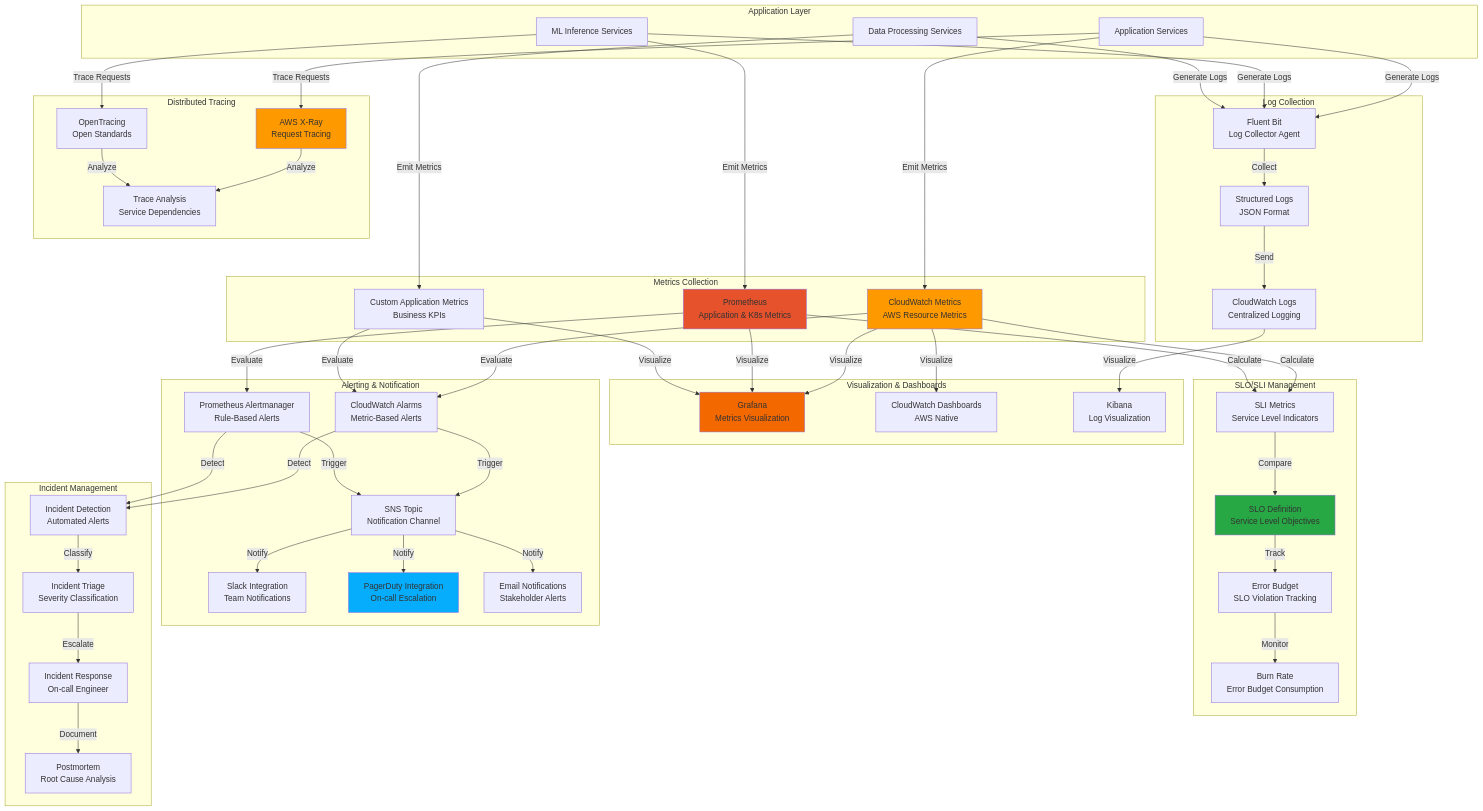
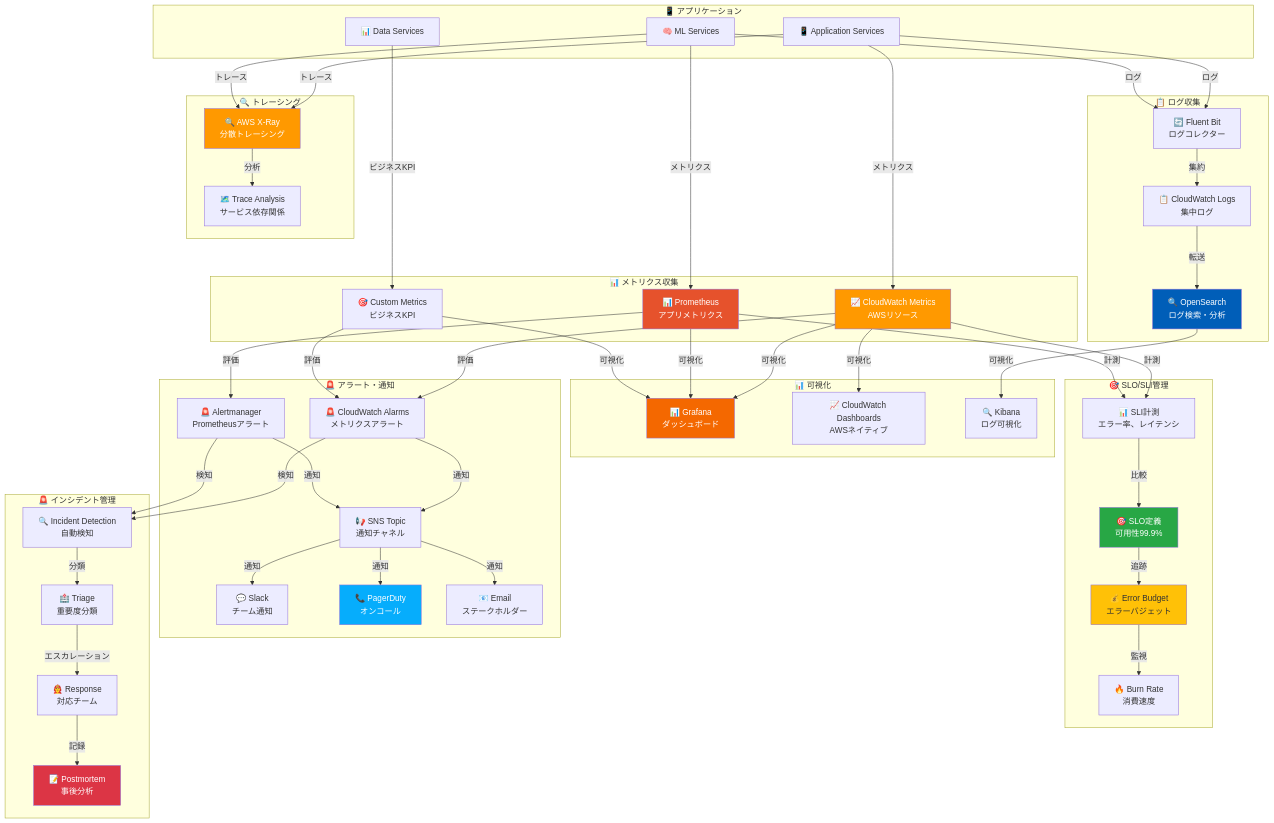
One commit to mattyopon/Business changed the sixth of 6 diagrams in epimetrix/インフラ構成図.md. Above: the diagram before and after it, drawn with Mermaid. The commit also changed other lines of this file and 1 other file, not shown here.

First line of the commit message:
アーキテクチャ図を視覚的に改善

````diff
--- a/epimetrix/インフラ構成図.md
+++ b/epimetrix/インフラ構成図.md
@@ -472,105 +572,105 @@
 ```mermaid
 graph TB
-    subgraph "Application Layer"
-        AppServices[Application Services]
-        MLServices[ML Inference Services]
-        DataServices[Data Processing Services]
+    subgraph "📊 メトリクス収集"
+        CW_METRICS[📈 CloudWatch Metrics<br/>AWSリソース]
+        PROM[📊 Prometheus<br/>アプリメトリクス]
+        CUSTOM[🎯 Custom Metrics<br/>ビジネスKPI]
     end
 
-    subgraph "Metrics Collection"
-        CloudWatchMetrics[CloudWatch Metrics<br/>AWS Resource Metrics]
-        Prometheus[Prometheus<br/>Application & K8s Metrics]
-        CustomMetrics[Custom Application Metrics<br/>Business KPIs]
+    subgraph "📋 ログ収集"
+        CW_LOGS[📋 CloudWatch Logs<br/>集中ログ]
+        FLUENT[🔄 Fluent Bit<br/>ログコレクター]
+        OPENSEARCH[🔍 OpenSearch<br/>ログ検索・分析]
     end
 
-    subgraph "Log Collection"
-        CloudWatchLogs[CloudWatch Logs<br/>Centralized Logging]
-        FluentBit[Fluent Bit<br/>Log Collector Agent]
-        StructuredLogs[Structured Logs<br/>JSON Format]
+    subgraph "🔍 トレーシング"
+        XRAY[🔍 AWS X-Ray<br/>分散トレーシング]
+        TRACE[🗺️ Trace Analysis<br/>サービス依存関係]
     end
 
-    subgraph "Distributed Tracing"
-        XRay[AWS X-Ray<br/>Request Tracing]
-        OpenTracing[OpenTracing<br/>Open Standards]
-        TraceAnalysis[Trace Analysis<br/>Service Dependencies]
+    subgraph "📊 可視化"
+        GRAFANA[📊 Grafana<br/>ダッシュボード]
+        CW_DASH[📈 CloudWatch Dashboards<br/>AWSネイティブ]
+        KIBANA[🔍 Kibana<br/>ログ可視化]
     end
 
-    subgraph "Visualization & Dashboards"
-        Grafana[Grafana<br/>Metrics Visualization]
-        CloudWatchDashboards[CloudWatch Dashboards<br/>AWS Native]
-        Kibana[Kibana<br/>Log Visualization]
+    subgraph "🚨 アラート・通知"
+        CW_ALARM[🚨 CloudWatch Alarms<br/>メトリクスアラート]
+        PROM_ALERT[🚨 Alertmanager<br/>Prometheusアラート]
+        SNS[📢 SNS Topic<br/>通知チャネル]
+        SLACK[💬 Slack<br/>チーム通知]
+        PAGERDUTY[📞 PagerDuty<br/>オンコール]
+        EMAIL[📧 Email<br/>ステークホルダー]
     end
 
-    subgraph "Alerting & Notification"
-        CloudWatchAlarms[CloudWatch Alarms<br/>Metric-Based Alerts]
-        PrometheusAlerts[Prometheus Alertmanager<br/>Rule-Based Alerts]
-        SNSTopic[SNS Topic<br/>Notification Channel]
-        Slack[Slack Integration<br/>Team Notifications]
-        PagerDuty[PagerDuty Integration<br/>On-call Escalation]
-        Email[Email Notifications<br/>Stakeholder Alerts]
+    subgraph "🎯 SLO/SLI管理"
+        SLO[🎯 SLO定義<br/>可用性99.9%]
+        SLI[📊 SLI計測<br/>エラー率、レイテンシ]
+        ERROR_BUDGET[💰 Error Budget<br/>エラーバジェット]
+        BURN_RATE[🔥 Burn Rate<br/>消費速度]
     end
 
-    subgraph "SLO/SLI Management"
-        SLODefinition[SLO Definition<br/>Service Level Objectives]
-        SLIMetrics[SLI Metrics<br/>Service Level Indicators]
-        ErrorBudget[Error Budget<br/>SLO Violation Tracking]
-        BurnRate[Burn Rate<br/>Error Budget Consumption]
+    subgraph "🚨 インシデント管理"
+        DETECT[🔍 Incident Detection<br/>自動検知]
+        TRIAGE[🏥 Triage<br/>重要度分類]
+        RESPONSE[👨‍🚒 Response<br/>対応チーム]
+        POSTMORTEM[📝 Postmortem<br/>事後分析]
     end
 
-    subgraph "Incident Management"
-        IncidentDetection[Incident Detection<br/>Automated Alerts]
-        IncidentTriage[Incident Triage<br/>Severity Classification]
-        IncidentResponse[Incident Response<br/>On-call Engineer]
-        Postmortem[Postmortem<br/>Root Cause Analysis]
+    subgraph "📱 アプリケーション"
+        APP[📱 Application Services]
+        ML[🧠 ML Services]
+        DATA[📊 Data Services]
     end
 
-    AppServices -->|Emit Metrics| CloudWatchMetrics
-    MLServices -->|Emit Metrics| Prometheus
-    DataServices -->|Emit Metrics| CustomMetrics
+    APP -->|メトリクス| CW_METRICS
+    ML -->|メトリクス| PROM
+    DATA -->|ビジネスKPI| CUSTOM
 
-    AppServices -->|Generate Logs| FluentBit
-    MLServices -->|Generate Logs| FluentBit
-    DataServices -->|Generate Logs| FluentBit
-    FluentBit -->|Collect| StructuredLogs
-    StructuredLogs -->|Send| CloudWatchLogs
+    APP -->|ログ| FLUENT
+    ML -->|ログ| FLUENT
+    FLUENT -->|集約| CW_LOGS
+    CW_LOGS -->|転送| OPENSEARCH
 
-    AppServices -->|Trace Requests| XRay
-    MLServices -->|Trace Requests| OpenTracing
-    XRay -->|Analyze| TraceAnalysis
-    OpenTracing -->|Analyze| TraceAnalysis
+    APP -->|トレース| XRAY
+    ML -->|トレース| XRAY
+    XRAY -->|分析| TRACE
 
-    CloudWatchMetrics -->|Visualize| Grafana
-    Prometheus -->|Visualize| Grafana
-    CustomMetrics -->|Visualize| Grafana
-    CloudWatchMetrics -->|Visualize| CloudWatchDashboards
-    CloudWatchLogs -->|Visualize| Kibana
+    CW_METRICS -->|可視化| GRAFANA
+    PROM -->|可視化| GRAFANA
+    CUSTOM -->|可視化| GRAFANA
+    CW_METRICS -->|可視化| CW_DASH
+    OPENSEARCH -->|可視化| KIBANA
 
-    CloudWatchMetrics -->|Evaluate| CloudWatchAlarms
-    Prometheus -->|Evaluate| PrometheusAlerts
-    CustomMetrics -->|Evaluate| CloudWatchAlarms
+    CW_METRICS -->|評価| CW_ALARM
+    PROM -->|評価| PROM_ALERT
+    CUSTOM -->|評価| CW_ALARM
 
-    CloudWatchAlarms -->|Trigger| SNSTopic
-    PrometheusAlerts -->|Trigger| SNSTopic
-    SNSTopic -->|Notify| Slack
-    SNSTopic -->|Notify| PagerDuty
-    SNSTopic -->|Notify| Email
+    CW_ALARM -->|通知| SNS
+    PROM_ALERT -->|通知| SNS
+    SNS -->|通知| SLACK
+    SNS -->|通知| PAGERDUTY
+    SNS -->|通知| EMAIL
 
-    CloudWatchMetrics -->|Calculate| SLIMetrics
-    Prometheus -->|Calculate| SLIMetrics
-    SLIMetrics -->|Compare| SLODefinition
-    SLODefinition -->|Track| ErrorBudget
-    ErrorBudget -->|Monitor| BurnRate
+    CW_METRICS -->|計測| SLI
+    PROM -->|計測| SLI
+    SLI -->|比較| SLO
+    SLO -->|追跡| ERROR_BUDGET
+    ERROR_BUDGET -->|監視| BURN_RATE
 
-    CloudWatchAlarms -->|Detect| IncidentDetection
-    PrometheusAlerts -->|Detect| IncidentDetection
-    IncidentDetection -->|Classify| IncidentTriage
-    IncidentTriage -->|Escalate| IncidentResponse
-    IncidentResponse -->|Document| Postmortem
+    CW_ALARM -->|検知| DETECT
+    PROM_ALERT -->|検知| DETECT
+    DETECT -->|分類| TRIAGE
+    TRIAGE -->|エスカレーション| RESPONSE
+    RESPONSE -->|記録| POSTMORTEM
 
-    style CloudWatchMetrics fill:#FF9900
-    style Prometheus fill:#E6522C
-    style XRay fill:#FF9900
-    style Grafana fill:#F46800
-    style PagerDuty fill:#06ADFC
-    style SLODefinition fill:#28A745
+    style CW_METRICS fill:#ff9900,color:#fff
+    style PROM fill:#E6522C,color:#fff
+    style XRAY fill:#ff9900,color:#fff
+    style GRAFANA fill:#F46800,color:#fff
+    style OPENSEARCH fill:#005EB8,color:#fff
+    style PAGERDUTY fill:#06ADFC,color:#fff
+    style SLO fill:#28A745,color:#fff
+    style ERROR_BUDGET fill:#FFC107
+    style POSTMORTEM fill:#DC3545,color:#fff
 ```
````
